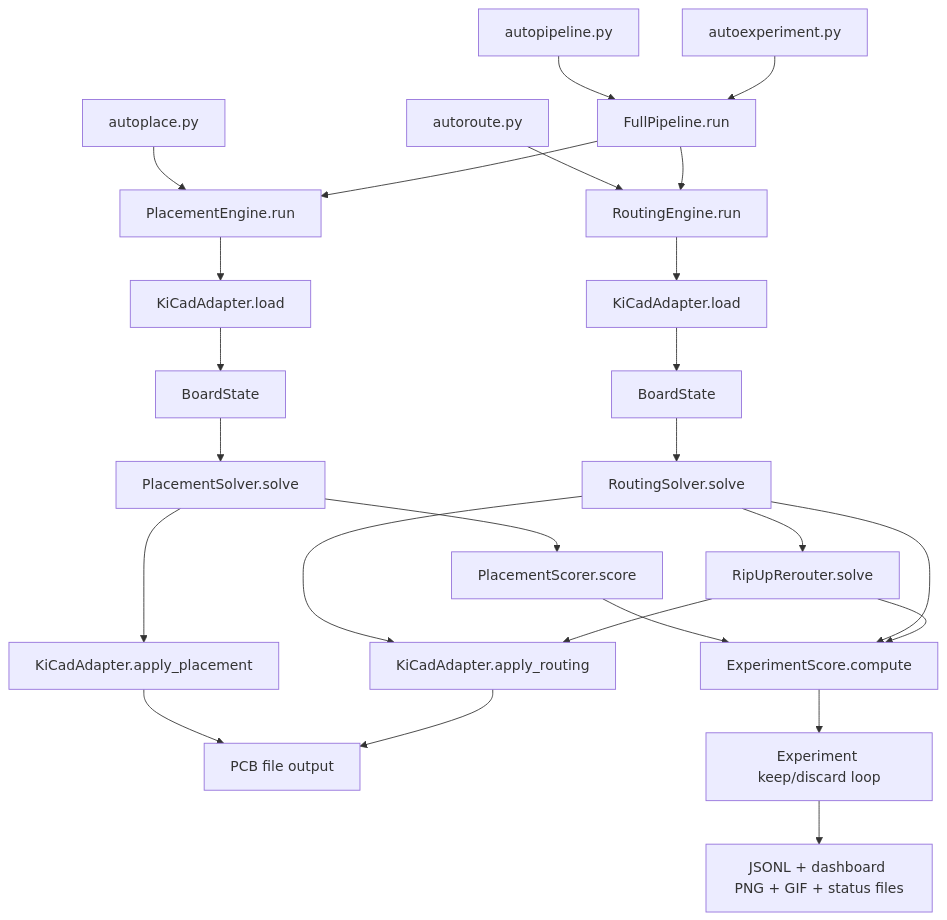
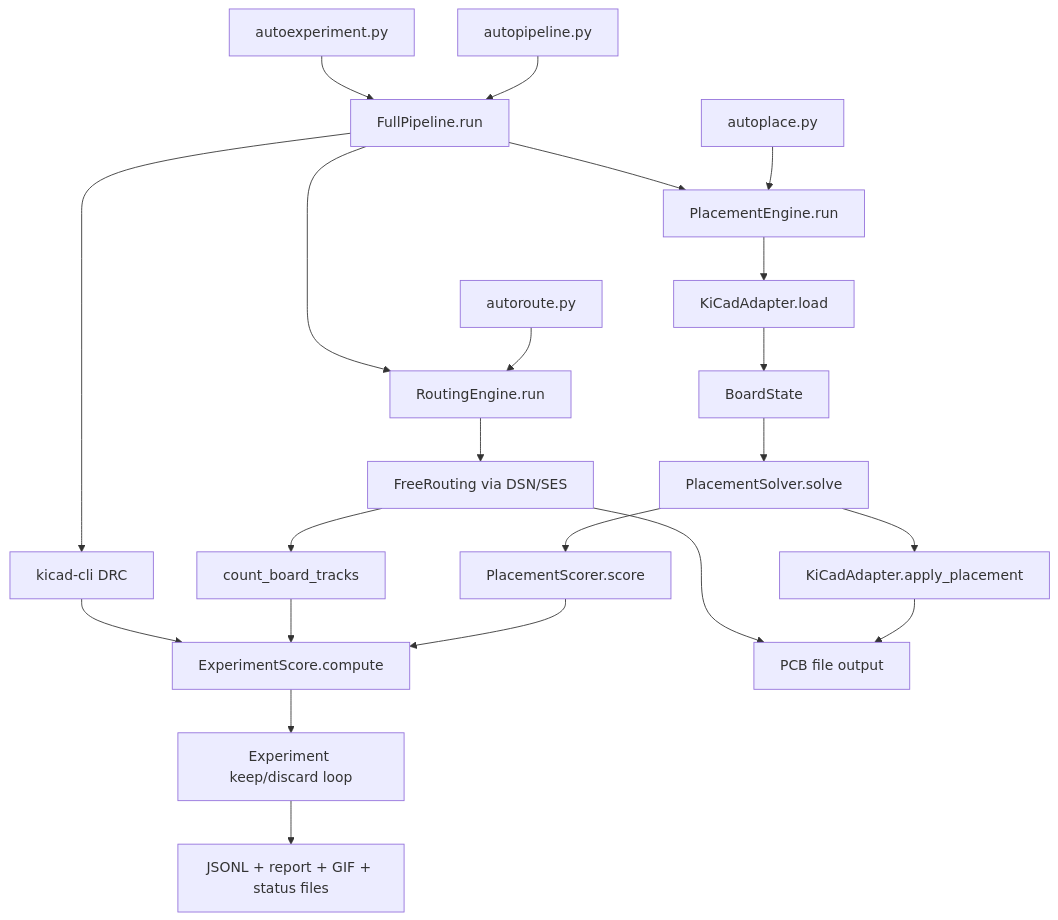
Before and after one commit to laforestlabs/LLUPS: the first of 2 diagrams in docs/architecture.md, drawn with Mermaid. The commit also changed other lines of this file and 30 other files, not shown here.

````diff
--- a/docs/architecture.md
+++ b/docs/architecture.md
@@ -7,34 +7,29 @@
 ```mermaid
 flowchart TD
   autoplaceCli[autoplace.py] --> placementEngine[PlacementEngine.run]
   autorouteCli[autoroute.py] --> routingEngine[RoutingEngine.run]
   autopipelineCli[autopipeline.py] --> fullPipeline[FullPipeline.run]
   autoexperimentCli[autoexperiment.py] --> fullPipeline
 
   fullPipeline --> placementEngine
   fullPipeline --> routingEngine
+  fullPipeline --> drcAnalysis[kicad-cli DRC]
 
-  placementEngine --> adapterLoadA[KiCadAdapter.load]
-  routingEngine --> adapterLoadB[KiCadAdapter.load]
-
-  adapterLoadA --> boardStateA[BoardState]
-  adapterLoadB --> boardStateB[BoardState]
-
-  boardStateA --> placementSolver[PlacementSolver.solve]
+  placementEngine --> adapterLoad[KiCadAdapter.load]
+  adapterLoad --> boardState[BoardState]
+  boardState --> placementSolver[PlacementSolver.solve]
   placementSolver --> placementScorer[PlacementScorer.score]
   placementSolver --> applyPlacement[KiCadAdapter.apply_placement]
 
-  boardStateB --> routingSolver[RoutingSolver.solve]
-  routingSolver --> rrrSolver[RipUpRerouter.solve]
-  routingSolver --> applyRouting[KiCadAdapter.apply_routing]
-  rrrSolver --> applyRouting
+  routingEngine --> freerouting[FreeRouting via DSN/SES]
+  freerouting --> countTracks[count_board_tracks]
 
   placementScorer --> experimentScore[ExperimentScore.compute]
-  routingSolver --> experimentScore
-  rrrSolver --> experimentScore
+  countTracks --> experimentScore
+  drcAnalysis --> experimentScore
 
   applyPlacement --> pcbArtifact[PCB file output]
-  applyRouting --> pcbArtifact
+  freerouting --> pcbArtifact
   experimentScore --> autoexperimentLoop[Experiment keep/discard loop]
-  autoexperimentLoop --> dashboardArtifacts[JSONL + dashboard PNG + GIF + status files]
+  autoexperimentLoop --> artifacts[JSONL + report + GIF + status files]
 ```
````
